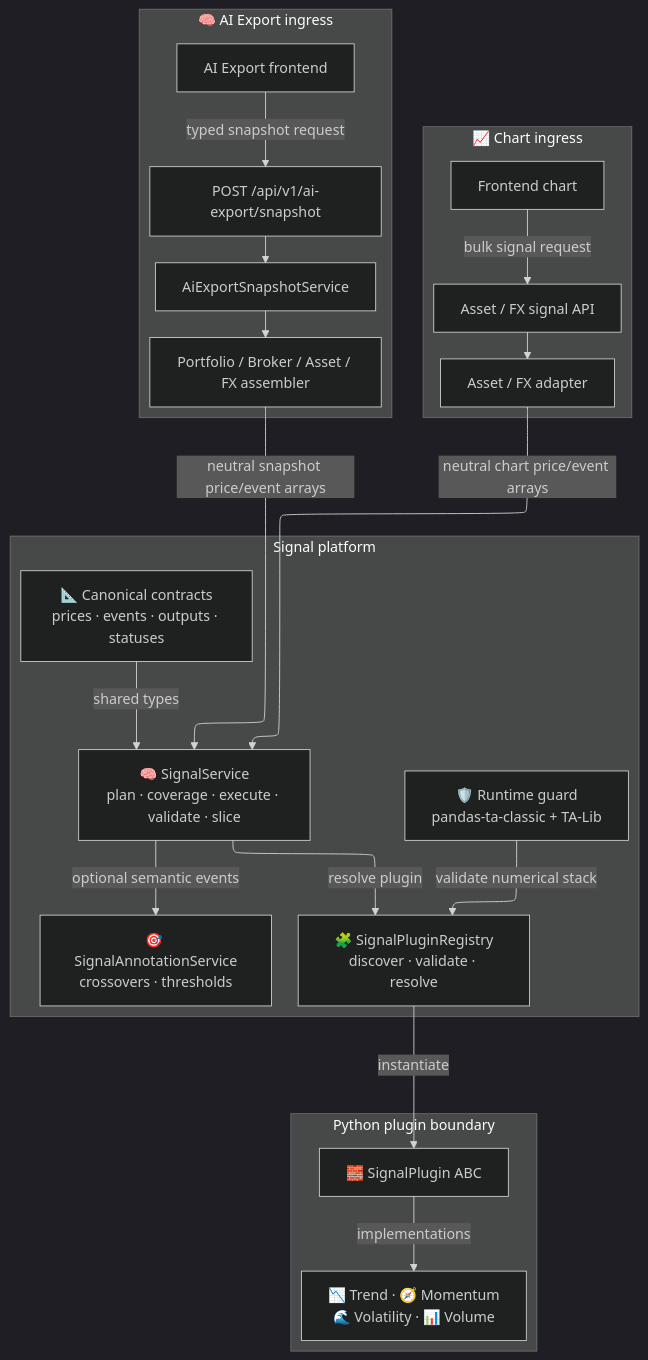
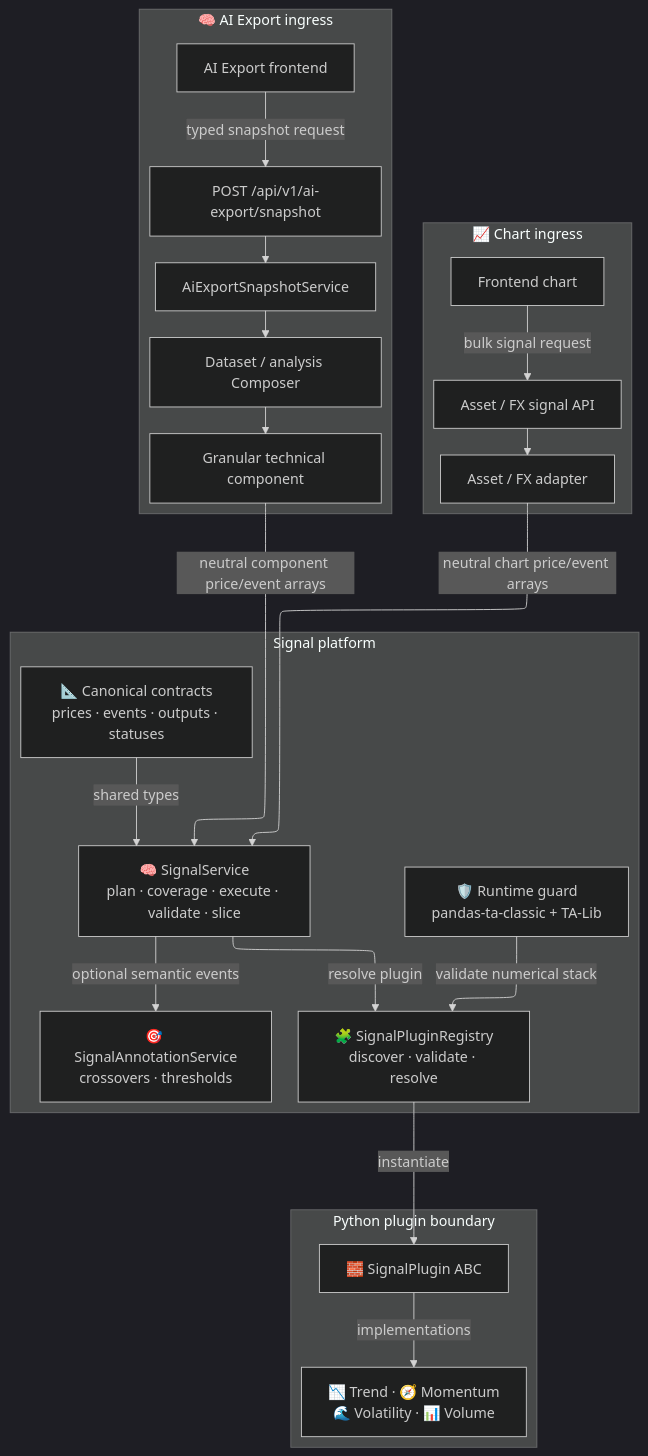
One commit to Librefolio/LibreFolio changed the first of 3 diagrams in mkdocs_src/docs/developer/architecture/patterns/signal_plugin_guide.md. Above: the diagram before and after it, drawn with Mermaid (dark theme). The commit also changed other lines of this file and 64 other files, not shown here.

````diff
--- a/mkdocs_src/docs/developer/architecture/patterns/signal_plugin_guide.md
+++ b/mkdocs_src/docs/developer/architecture/patterns/signal_plugin_guide.md
@@ -17,46 +17,48 @@
 ```mermaid
 ---
 config:
   layout: elk
 ---
 flowchart TB
     subgraph CHART["📈 Chart ingress"]
         CHART_UI["Frontend chart"]
         CHART_API["Asset / FX signal API"]
         CHART_ADAPTER["Asset / FX adapter"]
         CHART_UI -->|"bulk signal request"| CHART_API
         CHART_API --> CHART_ADAPTER
     end
 
     subgraph EXPORT["🧠 AI Export ingress"]
         EXPORT_UI["AI Export frontend"]
         SNAPSHOT_API["POST /api/v1/ai-export/snapshot"]
         SNAPSHOT_SERVICE["AiExportSnapshotService"]
-        ASSEMBLER["Portfolio / Broker / Asset / FX assembler"]
+        COMPOSER["Dataset / analysis Composer"]
+        COMPONENT["Granular technical component"]
         EXPORT_UI -->|"typed snapshot request"| SNAPSHOT_API
         SNAPSHOT_API --> SNAPSHOT_SERVICE
-        SNAPSHOT_SERVICE --> ASSEMBLER
+        SNAPSHOT_SERVICE --> COMPOSER
+        COMPOSER --> COMPONENT
     end
 
     subgraph PLATFORM["Signal platform"]
         CONTRACTS["📐 Canonical contracts<br/>prices · events · outputs · statuses"]
         SERVICE["🧠 SignalService<br/>plan · coverage · execute · validate · slice"]
         REGISTRY["🧩 SignalPluginRegistry<br/>discover · validate · resolve"]
         ANNOTATIONS["🎯 SignalAnnotationService<br/>crossovers · thresholds"]
         RUNTIME["🛡️ Runtime guard<br/>pandas-ta-classic + TA-Lib"]
     end
 
     subgraph PLUGINS["Python plugin boundary"]
         ABC["🧱 SignalPlugin ABC"]
         FAMILIES["📉 Trend · 🧭 Momentum<br/>🌊 Volatility · 📊 Volume"]
     end
 
     CHART_ADAPTER -->|"neutral chart price/event arrays"| SERVICE
-    ASSEMBLER -->|"neutral snapshot price/event arrays"| SERVICE
+    COMPONENT -->|"neutral component price/event arrays"| SERVICE
     CONTRACTS -->|"shared types"| SERVICE
     SERVICE -->|"resolve plugin"| REGISTRY
     SERVICE -->|"optional semantic events"| ANNOTATIONS
     RUNTIME -->|"validate numerical stack"| REGISTRY
     REGISTRY -->|"instantiate"| ABC
     ABC -->|"implementations"| FAMILIES
 ```
````
